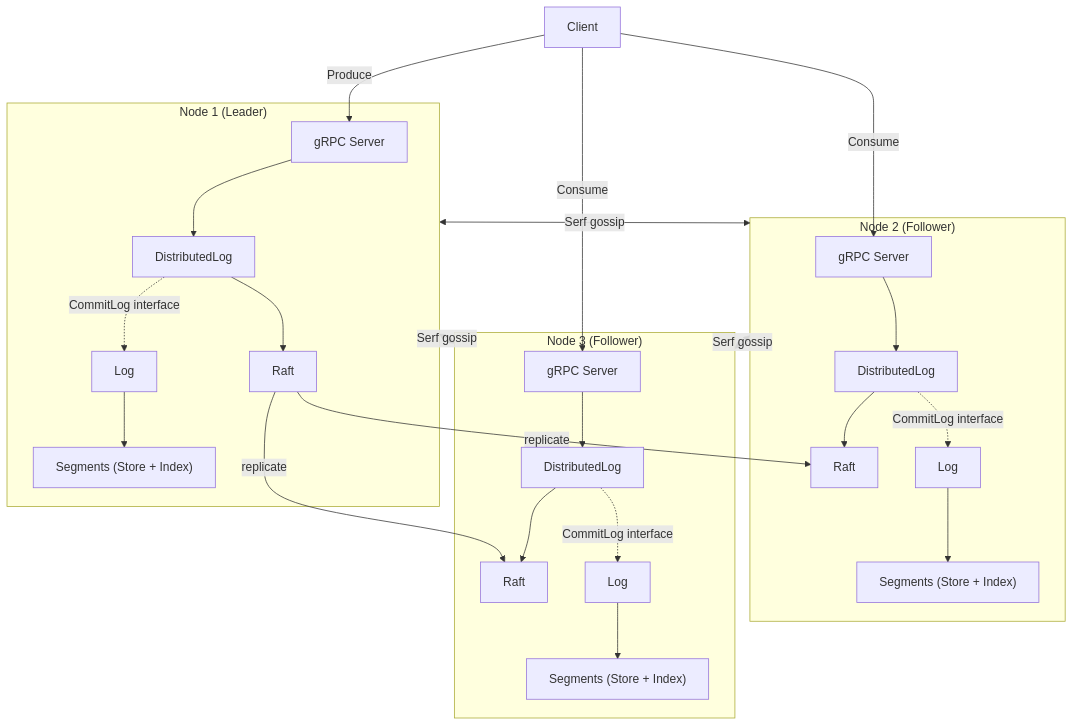
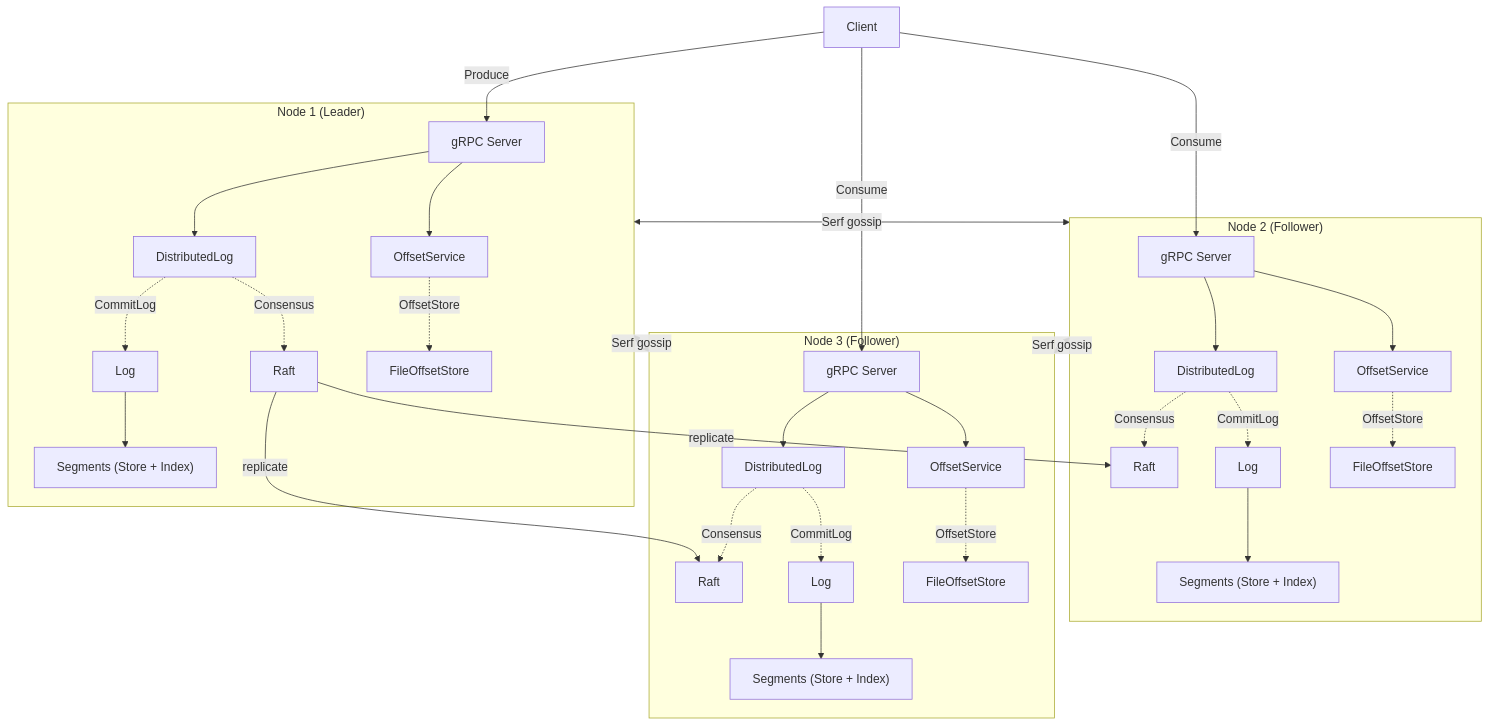
Before and after one commit to w-h-a/tally: the diagram in README.md, drawn with Mermaid. The commit also changed other lines of this file, not shown here.

Commit message:
docs: update README (#2)

````diff
--- a/README.md
+++ b/README.md
@@ -24,51 +26,63 @@
 ```mermaid
 graph TB
     Client[Client]
 
     subgraph Node1["Node 1 (Leader)"]
         G1[gRPC Server]
         DL1[DistributedLog]
+        OFS1[OffsetService]
         R1[Raft]
         L1[Log]
         Seg1["Segments (Store + Index)"]
+        FOS1[FileOffsetStore]
         G1 --> DL1
-        DL1 --> R1
-        DL1 -.->|CommitLog interface| L1
+        G1 --> OFS1
+        DL1 -.->|Consensus| R1
+        DL1 -.->|CommitLog| L1
+        OFS1 -.->|OffsetStore| FOS1
         L1 --> Seg1
     end
 
     subgraph Node2["Node 2 (Follower)"]
         G2[gRPC Server]
         DL2[DistributedLog]
+        OFS2[OffsetService]
         R2[Raft]
         L2[Log]
         Seg2["Segments (Store + Index)"]
+        FOS2[FileOffsetStore]
         G2 --> DL2
-        DL2 --> R2
-        DL2 -.->|CommitLog interface| L2
+        G2 --> OFS2
+        DL2 -.->|Consensus| R2
+        DL2 -.->|CommitLog| L2
+        OFS2 -.->|OffsetStore| FOS2
         L2 --> Seg2
     end
 
     subgraph Node3["Node 3 (Follower)"]
         G3[gRPC Server]
         DL3[DistributedLog]
+        OFS3[OffsetService]
         R3[Raft]
         L3[Log]
         Seg3["Segments (Store + Index)"]
+        FOS3[FileOffsetStore]
         G3 --> DL3
-        DL3 --> R3
-        DL3 -.->|CommitLog interface| L3
+        G3 --> OFS3
+        DL3 -.->|Consensus| R3
+        DL3 -.->|CommitLog| L3
+        OFS3 -.->|OffsetStore| FOS3
         L3 --> Seg3
     end
 
     Client -->|Produce| G1
     Client -->|Consume| G2
     Client -->|Consume| G3
 
     R1 -->|replicate| R2
     R1 -->|replicate| R3
 
     Node1 <-->|Serf gossip| Node2
     Node1 <-->|Serf gossip| Node3
     Node2 <-->|Serf gossip| Node3
 ```
````
